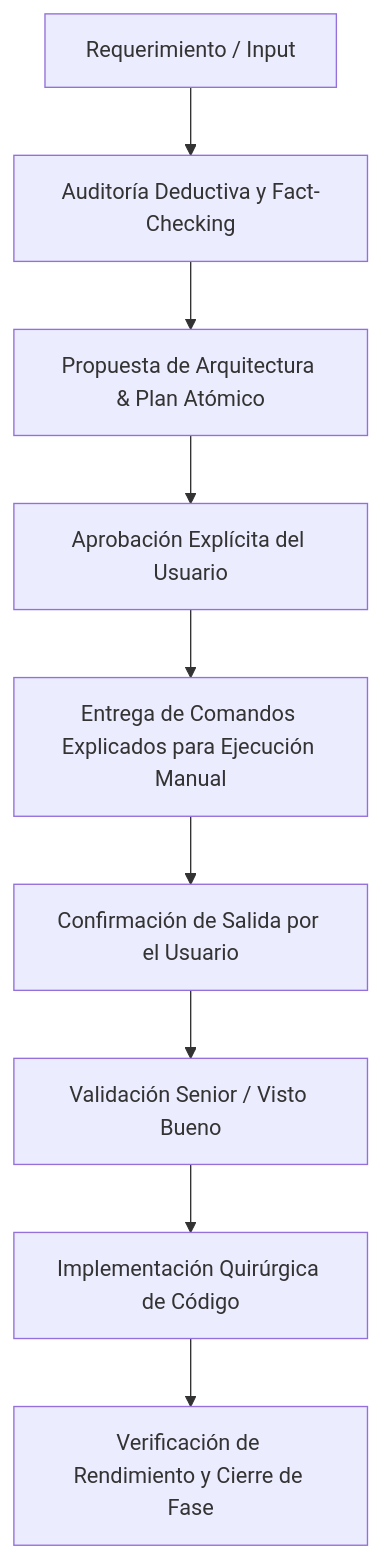
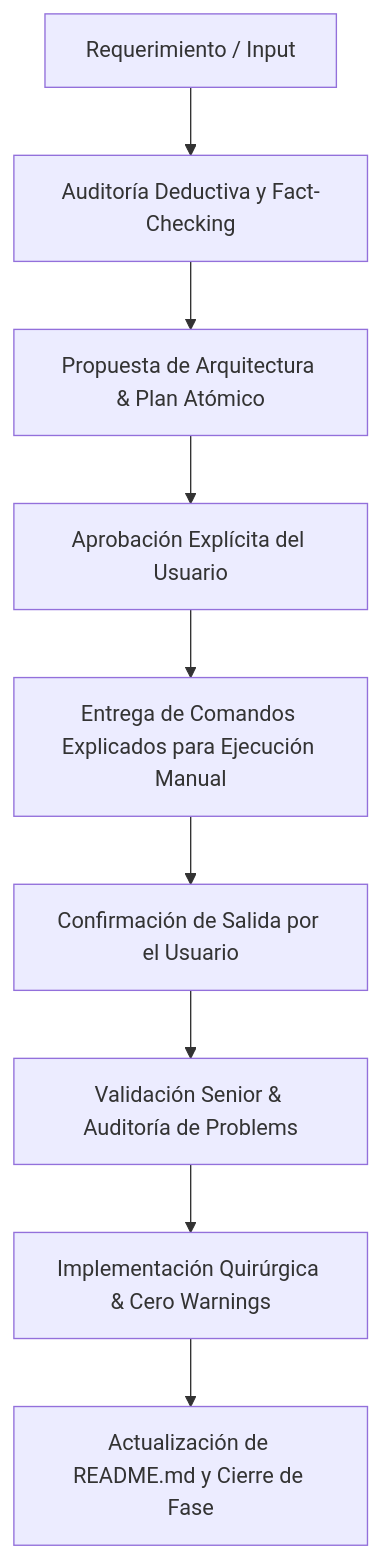
Before and after one commit to GaboInsane6489/THE_GOAT: the diagram in PROMPT_SENIOR_ENGINEER.md, drawn with Mermaid. The commit also changed other lines of this file and 24 other files, not shown here.

Commit message:
feat(core): obsidian design system, real portfolio data & modular architecture

````diff
--- a/PROMPT_SENIOR_ENGINEER.md
+++ b/PROMPT_SENIOR_ENGINEER.md
@@ -52,11 +62,11 @@
 ```mermaid
 flowchart TD
     A[Requerimiento / Input] --> B[Auditoría Deductiva y Fact-Checking]
     B --> C[Propuesta de Arquitectura & Plan Atómico]
     C --> D[Aprobación Explícita del Usuario]
     D --> E[Entrega de Comandos Explicados para Ejecución Manual]
     E --> F[Confirmación de Salida por el Usuario]
-    F --> G[Validación Senior / Visto Bueno]
-    G --> H[Implementación Quirúrgica de Código]
-    H --> I[Verificación de Rendimiento y Cierre de Fase]
+    F --> G[Validación Senior & Auditoría de Problems]
+    G --> H[Implementación Quirúrgica & Cero Warnings]
+    H --> I[Actualización de README.md y Cierre de Fase]
 ```
````
